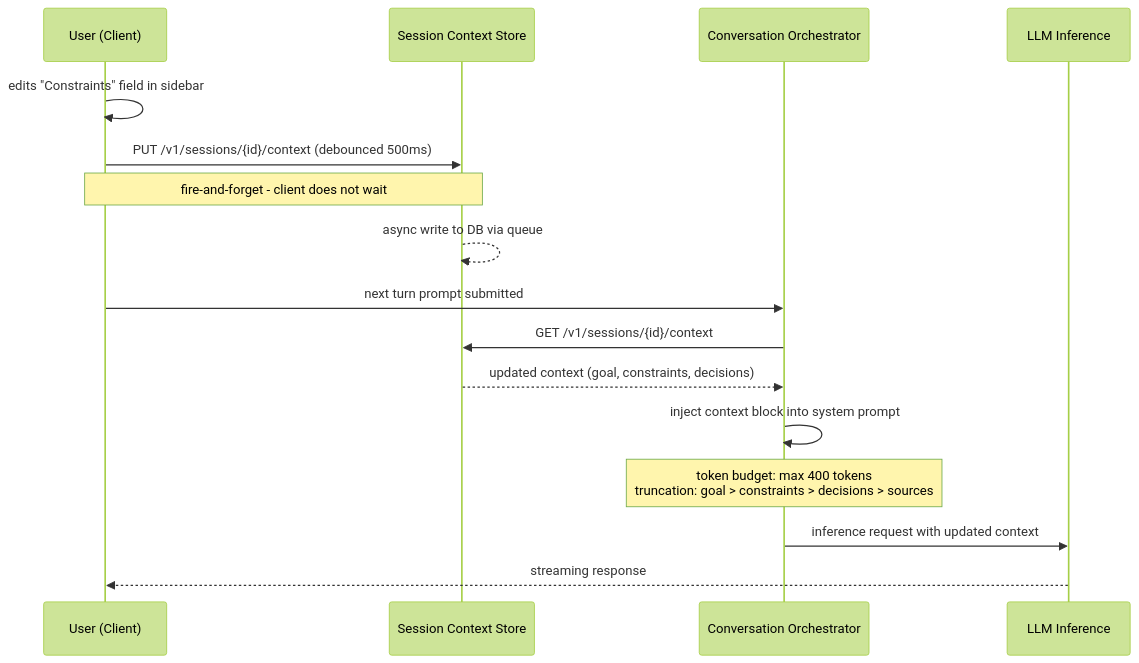
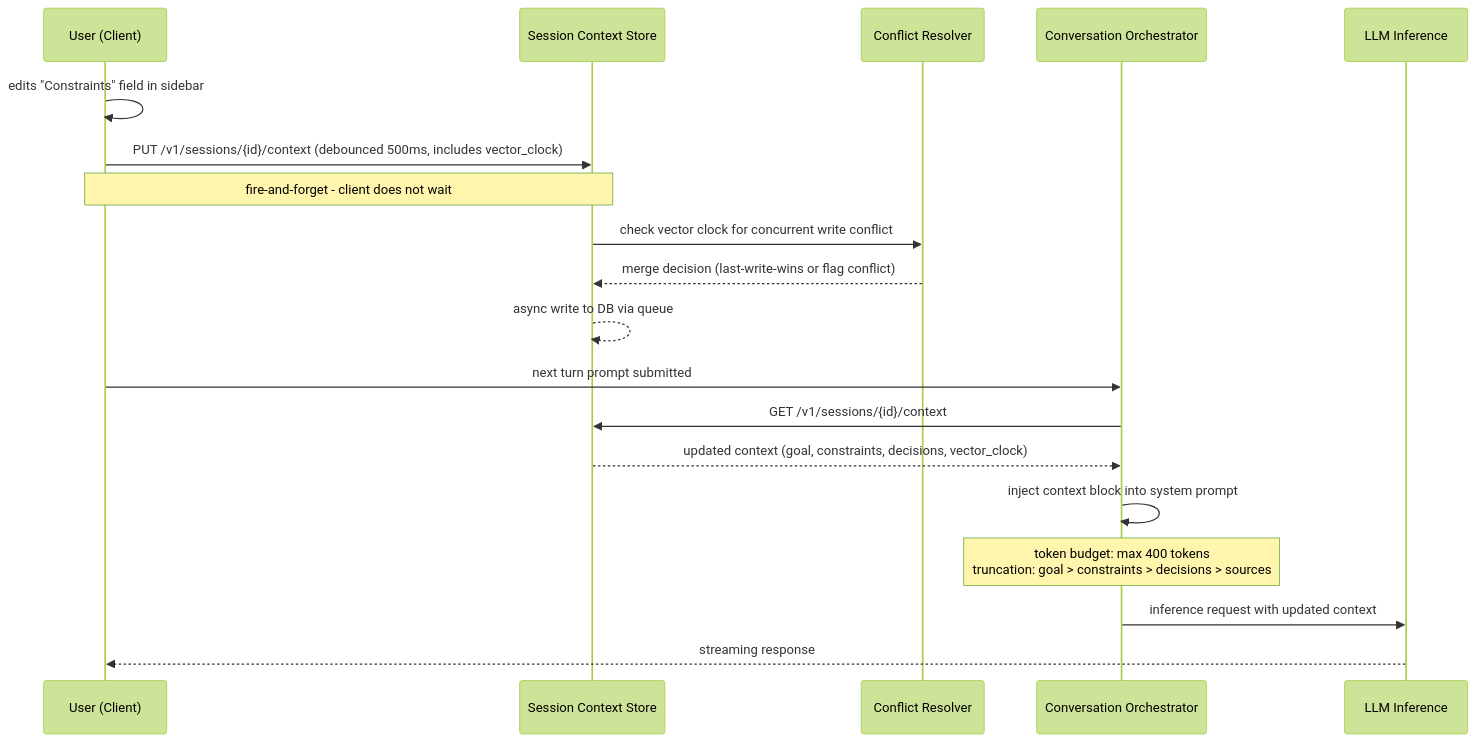
Before and after one commit to 004mayank/product-systems-explained: the third of 5 diagrams in chatgpt-outcome-sessions-architecture.md, drawn with Mermaid (forest theme). The commit also changed other lines of this file, not shown here.

Commit message:
Add ChatGPT architecture v3 - 2026-05-08

````diff
--- a/chatgpt-outcome-sessions-architecture.md
+++ b/chatgpt-outcome-sessions-architecture.md
@@ -200,20 +211,23 @@
 ```mermaid
 sequenceDiagram
     participant U as User (Client)
     participant SC as Session Context Store
+    participant CR as Conflict Resolver
     participant CO as Conversation Orchestrator
     participant LLM as LLM Inference
 
     U->>U: edits "Constraints" field in sidebar
-    U->>SC: PUT /v1/sessions/{id}/context (debounced 500ms)
+    U->>SC: PUT /v1/sessions/{id}/context (debounced 500ms, includes vector_clock)
     Note over U,SC: fire-and-forget - client does not wait
+    SC->>CR: check vector clock for concurrent write conflict
+    CR-->>SC: merge decision (last-write-wins or flag conflict)
     SC-->>SC: async write to DB via queue
 
     U->>CO: next turn prompt submitted
     CO->>SC: GET /v1/sessions/{id}/context
-    SC-->>CO: updated context (goal, constraints, decisions)
+    SC-->>CO: updated context (goal, constraints, decisions, vector_clock)
     CO->>CO: inject context block into system prompt
     Note over CO: token budget: max 400 tokens<br/>truncation: goal > constraints > decisions > sources
     CO->>LLM: inference request with updated context
     LLM-->>U: streaming response
 ```
````
